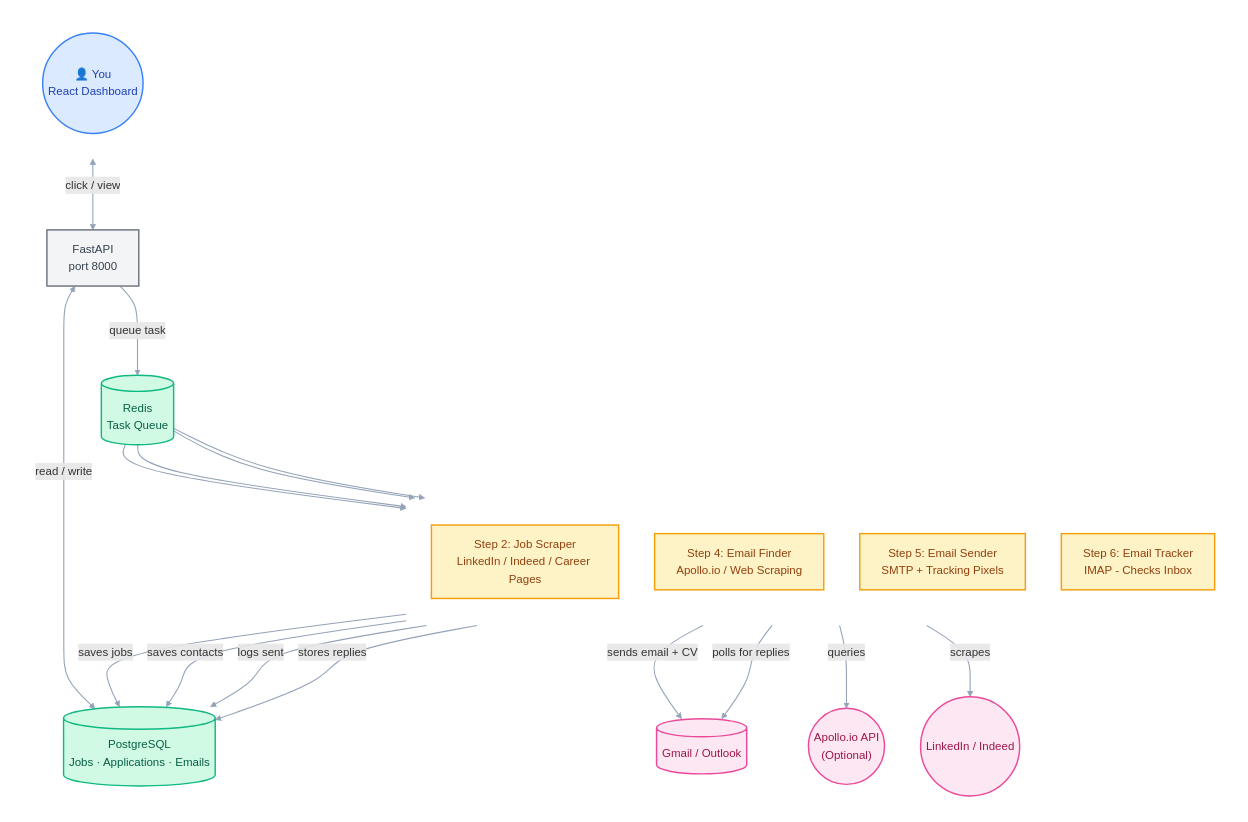
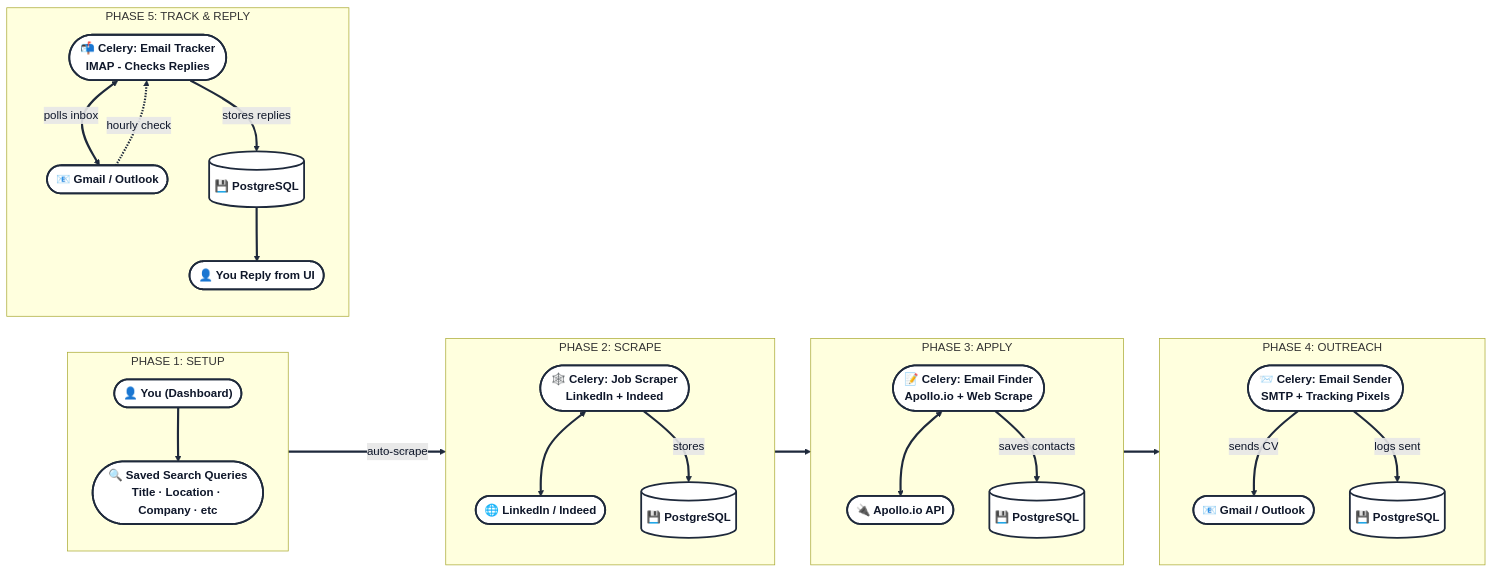
Before and after one commit to relatrino-code/LinkedInAgent: the diagram in README.md, drawn with Mermaid.

Commit message:
fix: replace mermaid diagram with higher-contrast phase-based layout

````diff
--- a/README.md
+++ b/README.md
@@ -16,75 +16,58 @@
 ```mermaid
-flowchart TB
-    classDef user fill:#dbeafe,stroke:#3b82f6,stroke-width:2px
-    classDef backend fill:#f3f4f6,stroke:#6b7280,stroke-width:2px
-    classDef worker fill:#fef3c7,stroke:#f59e0b,stroke-width:2px
-    classDef infra fill:#ede9fe,stroke:#8b5cf6,stroke-width:2px
-    classDef db fill:#d1fae5,stroke:#10b981,stroke-width:2px
-    classDef ext fill:#fce7f3,stroke:#ec4899,stroke-width:2px
+flowchart LR
+    %% darker, thicker strokes for visibility
+    classDef box fill:#fff,stroke:#1e293b,stroke-width:2.5px,color:#0f172a,font-weight:bold
 
-    subgraph User[" "]
-        direction LR
-        UI(("👤 You<br/>React Dashboard"))
+    subgraph Setup["PHASE 1: SETUP"]
+        direction TB
+        U(["👤 You (Dashboard)"]):::box
+        Q(["🔍 Saved Search Queries<br/>Title · Location · Company · etc"]):::box
+        U --> Q
     end
 
-    subgraph Backend[" "]
-        API["FastAPI<br/>port 8000"]
+    subgraph ScrapePhase["PHASE 2: SCRAPE"]
+        direction TB
+        S(["🕸️ Celery: Job Scraper<br/>LinkedIn + Indeed"]):::box
+        JS(["🌐 LinkedIn / Indeed"]):::box
+        DB1[("💾 PostgreSQL")]:::box
+        S <--> JS
+        S -->|"stores"| DB1
     end
 
-    subgraph Workers[" "]
+    subgraph ApplyPhase["PHASE 3: APPLY"]
         direction TB
-        Scraper["Step 2: Job Scraper<br/>LinkedIn / Indeed / Career Pages"]
-        EmailFinder["Step 4: Email Finder<br/>Apollo.io / Web Scraping"]
-        EmailSender["Step 5: Email Sender<br/>SMTP + Tracking Pixels"]
-        EmailTracker["Step 6: Email Tracker<br/>IMAP - Checks Inbox"]
+        A(["📝 Celery: Email Finder<br/>Apollo.io + Web Scrape"]):::box
+        AP(["🔌 Apollo.io API"]):::box
+        DB2[("💾 PostgreSQL")]:::box
+        A <--> AP
+        A -->|"saves contacts"| DB2
     end
 
-    subgraph Storage[" "]
-        DB[("PostgreSQL<br/>Jobs · Applications · Emails")]
-        Redis[("Redis<br/>Task Queue")]
+    subgraph OutreachPhase["PHASE 4: OUTREACH"]
+        direction TB
+        E(["📨 Celery: Email Sender<br/>SMTP + Tracking Pixels"]):::box
+        GM(["📧 Gmail / Outlook"]):::box
+        DB3[("💾 PostgreSQL")]:::box
+        E -->|"sends CV"| GM
+        E -->|"logs sent"| DB3
     end
 
-    subgraph External[" "]
-        SMTP[("Gmail / Outlook")]
-        Apollo(("Apollo.io API<br/>(Optional)"))
-        JobSites(("LinkedIn / Indeed"))
+    subgraph TrackPhase["PHASE 5: TRACK & REPLY"]
+        direction TB
+        T(["📬 Celery: Email Tracker<br/>IMAP - Checks Replies"]):::box
+        GM2(["📧 Gmail / Outlook"]):::box
+        DB4[("💾 PostgreSQL")]:::box
+        R(["👤 You Reply from UI"]):::box
+        T <-->|"polls inbox"| GM2
+        T -->|"stores replies"| DB4
+        DB4 --> R
     end
 
-    UI <-->|"click / view"| API
-    API <-->|"read / write"| DB
-    API -->|"queue task"| Redis
+    Q -->|"auto-scrape"| S
+    DB1 --> A
+    DB2 --> E
+    GM2 -.->|"hourly check"| T
 
-    Redis --> Scraper
-    Redis --> EmailFinder
-    Redis --> EmailSender
-    Redis --> EmailTracker
-
-    Scraper -->|"scrapes"| JobSites
-    Scraper -->|"saves jobs"| DB
-    EmailFinder -->|"queries"| Apollo
-    EmailFinder -->|"saves contacts"| DB
-    EmailSender -->|"sends email + CV"| SMTP
-    EmailSender -->|"logs sent"| DB
-    EmailTracker -->|"polls for replies"| SMTP
-    EmailTracker -->|"stores replies"| DB
-
-    linkStyle default stroke:#94a3b8,stroke-width:1.5px
-
-    style User fill:none,stroke:none
-    style Backend fill:none,stroke:none
-    style Workers fill:none,stroke:none
-    style Storage fill:none,stroke:none
-    style External fill:none,stroke:none
-
-    style UI fill:#dbeafe,stroke:#3b82f6,stroke-width:2px,color:#1e40af
-    style API fill:#f3f4f6,stroke:#6b7280,stroke-width:2px,color:#374151
-    style Scraper fill:#fef3c7,stroke:#f59e0b,stroke-width:2px,color:#92400e
-    style EmailFinder fill:#fef3c7,stroke:#f59e0b,stroke-width:2px,color:#92400e
-    style EmailSender fill:#fef3c7,stroke:#f59e0b,stroke-width:2px,color:#92400e
-    style EmailTracker fill:#fef3c7,stroke:#f59e0b,stroke-width:2px,color:#92400e
-    style DB fill:#d1fae5,stroke:#10b981,stroke-width:2px,color:#065f46
-    style Redis fill:#d1fae5,stroke:#10b981,stroke-width:2px,color:#065f46
-    style SMTP fill:#fce7f3,stroke:#ec4899,stroke-width:2px,color:#9d174d
-    style Apollo fill:#fce7f3,stroke:#ec4899,stroke-width:2px,color:#9d174d
-    style JobSites fill:#fce7f3,stroke:#ec4899,stroke-width:2px,color:#9d174d
+    %% edge styling: thicker, darker arrows
+    linkStyle default stroke:#1e293b,stroke-width:3px,color:#0f172a
 ```
````
